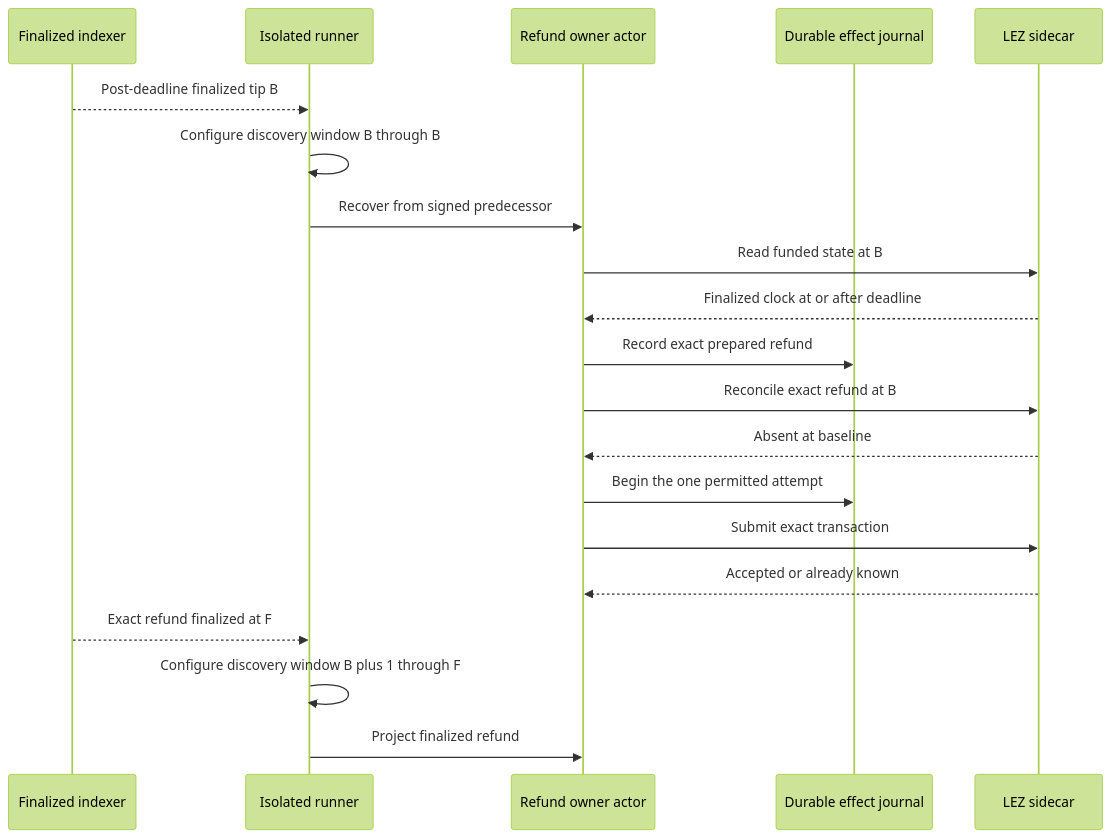
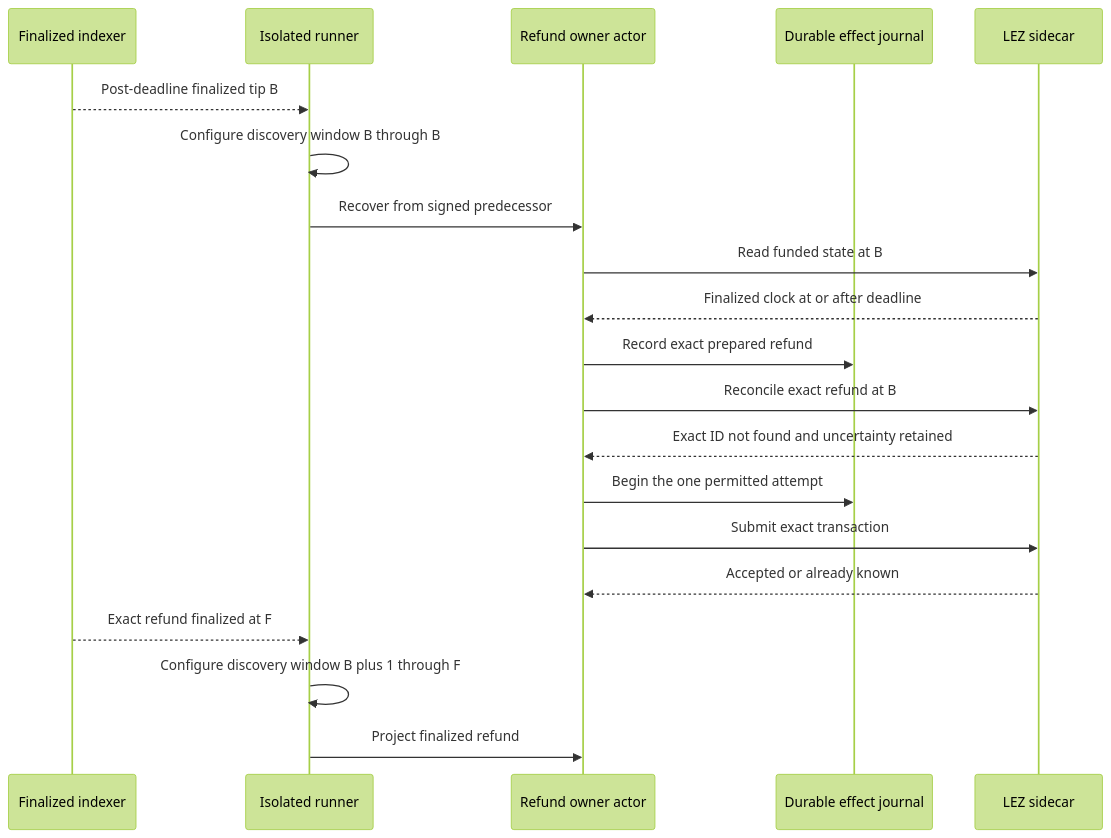
The diagram in docs/architecture/0180-refresh-refund-observation-window.md (gateway-fm/lez-atomic-swaps), drawn with Mermaid (forest theme) before and after one commit. The commit also changed 6 other files, not shown here.

Commit message:
fix(m7): preserve exact refund uncertainty

````diff
--- a/docs/architecture/0180-refresh-refund-observation-window.md
+++ b/docs/architecture/0180-refresh-refund-observation-window.md
@@ -25,22 +25,22 @@
 ```mermaid
 sequenceDiagram
     participant I as Finalized indexer
     participant R as Isolated runner
     participant A as Refund owner actor
     participant J as Durable effect journal
     participant S as LEZ sidecar
     I-->>R: Post-deadline finalized tip B
     R->>R: Configure discovery window B through B
     R->>A: Recover from signed predecessor
     A->>S: Read funded state at B
     S-->>A: Finalized clock at or after deadline
     A->>J: Record exact prepared refund
     A->>S: Reconcile exact refund at B
-    S-->>A: Absent at baseline
+    S-->>A: Exact ID not found and uncertainty retained
     A->>J: Begin the one permitted attempt
     A->>S: Submit exact transaction
     S-->>A: Accepted or already known
     I-->>R: Exact refund finalized at F
     R->>R: Configure discovery window B plus 1 through F
     R->>A: Project finalized refund
 ```
````
